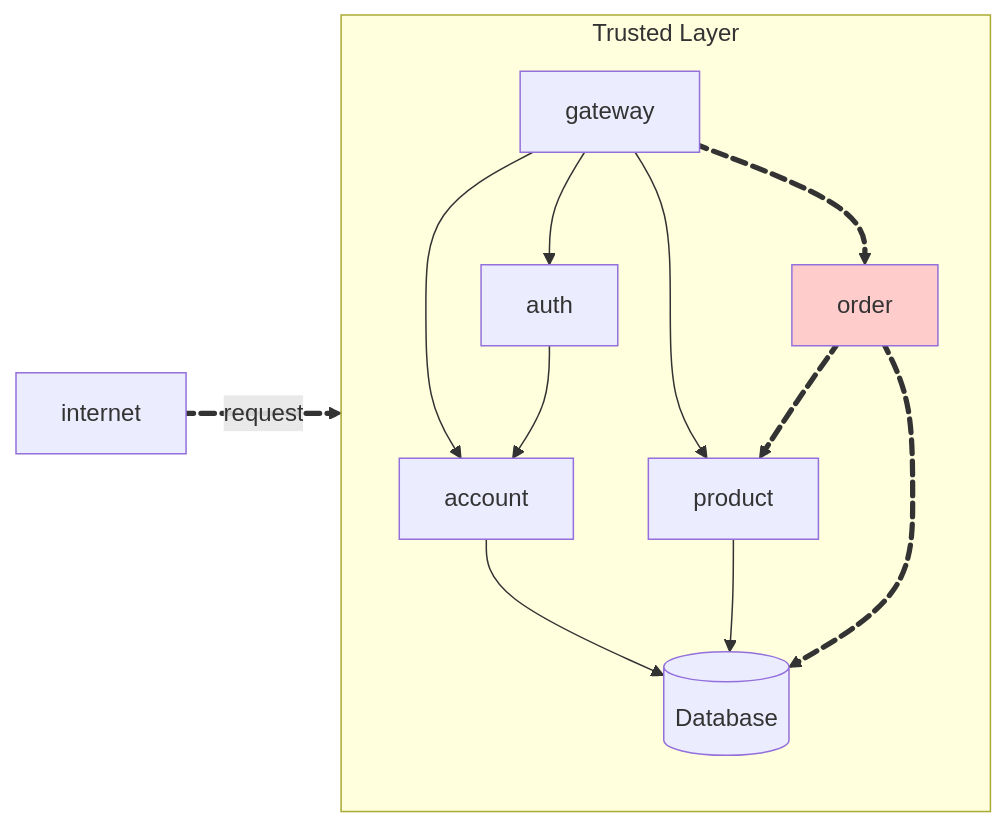
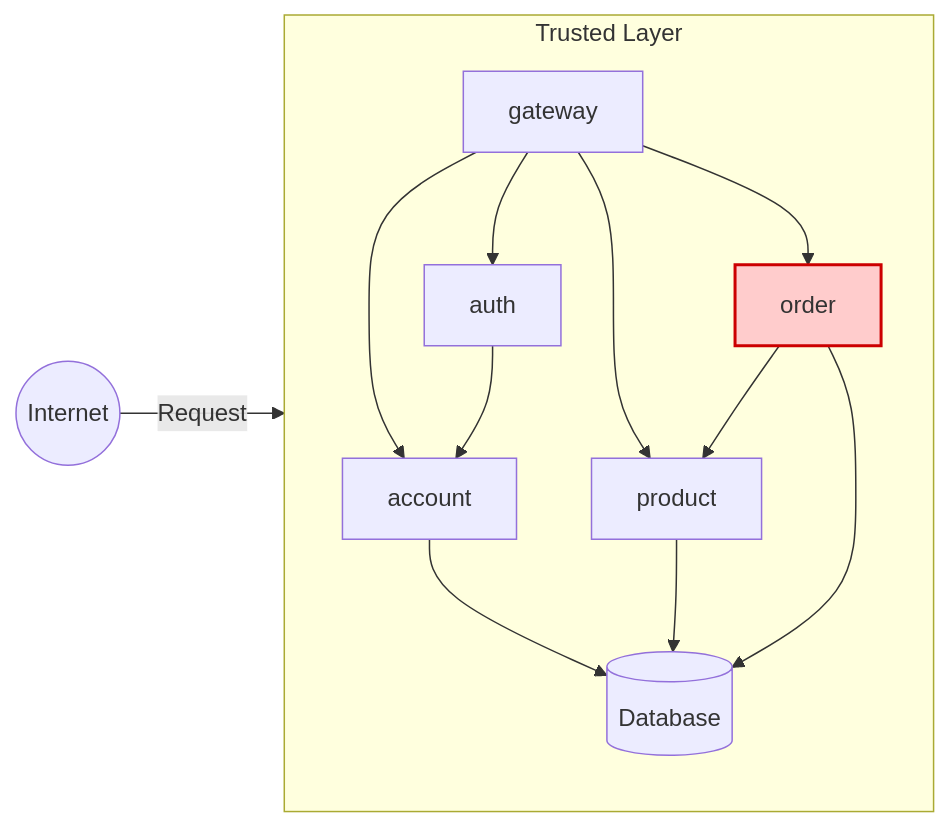
One commit to luabatepietro/pma_projeto changed the diagram in docs/roteiro2/index.md. Above: the diagram before and after it, drawn with Mermaid. The commit also changed other lines of this file and 4 other files, not shown here.

````diff
--- a/docs/roteiro2/index.md
+++ b/docs/roteiro2/index.md
@@ -7,22 +9,21 @@
 ```mermaid
 flowchart LR
     subgraph api [Trusted Layer]
         direction TB
         gateway --> account
         gateway --> auth
-        account --> db@{ shape: cyl, label: "Database" }
+        account --> db[(Database)]
         auth --> account
         gateway --> product
-        gateway e6@==> order:::red
+        gateway --> order:::red
         product --> db
-        order e3@==> db
-        order e4@==> product
+        order --> db
+        order --> product
     end
-    internet e1@==>|request| gateway
-    e1@{ animate: true }
-    e3@{ animate: true }
-    e4@{ animate: true }
-    e6@{ animate: true }
-    classDef red fill:#fcc
+
+    internet((Internet)) -->|Request| gateway
+
+    classDef red fill:#fcc,stroke:#c00,stroke-width:2px;
+
     click order "#order-api" "Order API"
 ```
````
